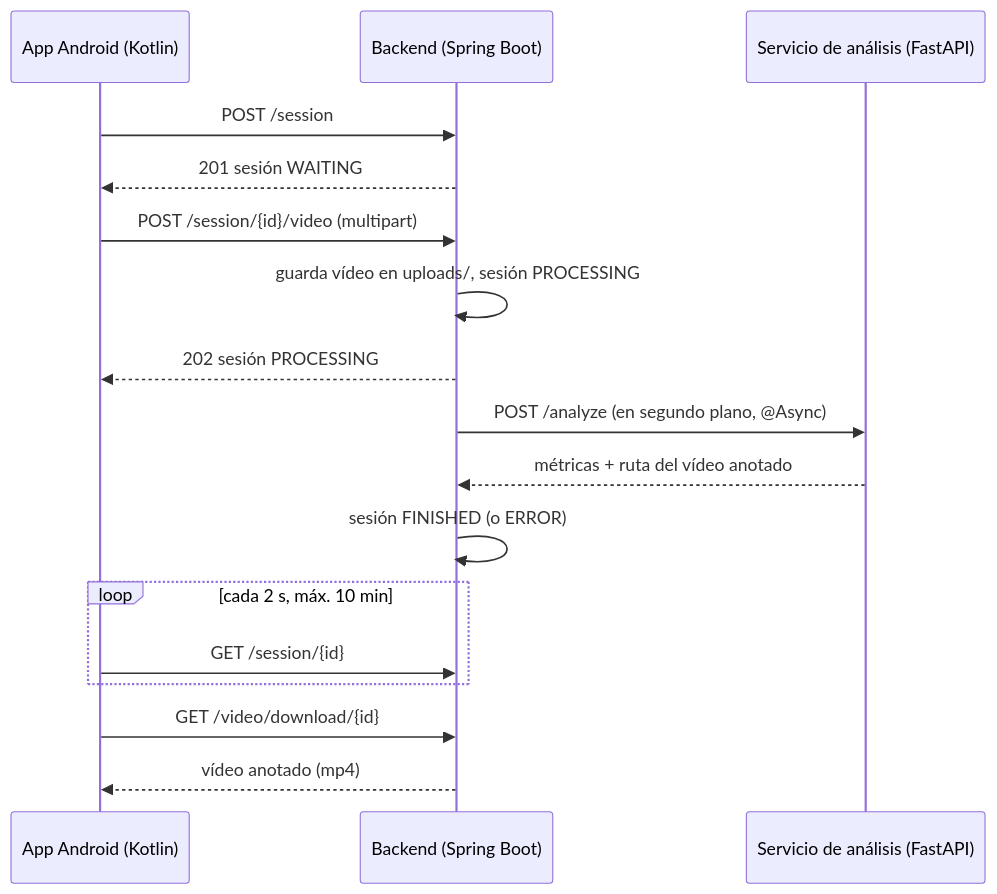
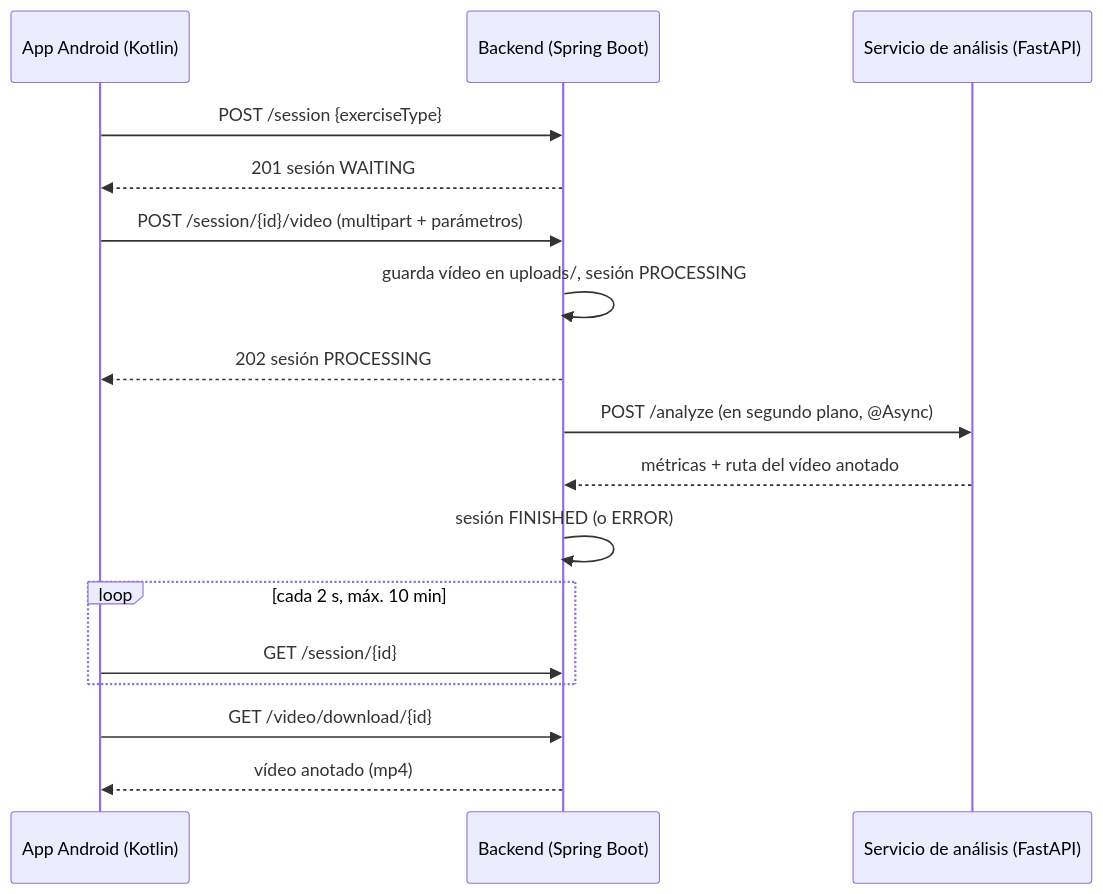
Before and after one commit to Mlz97/PowerMetrics: the first of 2 diagrams in docs/ARQUITECTURA.md, drawn with Mermaid. The commit also changed other lines of this file and 2 other files, not shown here.

````diff
--- a/docs/ARQUITECTURA.md
+++ b/docs/ARQUITECTURA.md
@@ -9,20 +9,20 @@
 ```mermaid
 sequenceDiagram
     participant App as App Android (Kotlin)
     participant BE as Backend (Spring Boot)
     participant PY as Servicio de análisis (FastAPI)
 
-    App->>BE: POST /session
+    App->>BE: POST /session {exerciseType}
     BE-->>App: 201 sesión WAITING
-    App->>BE: POST /session/{id}/video (multipart)
+    App->>BE: POST /session/{id}/video (multipart + parámetros)
     BE->>BE: guarda vídeo en uploads/, sesión PROCESSING
     BE-->>App: 202 sesión PROCESSING
     BE->>PY: POST /analyze (en segundo plano, @Async)
     PY-->>BE: métricas + ruta del vídeo anotado
     BE->>BE: sesión FINISHED (o ERROR)
     loop cada 2 s, máx. 10 min
         App->>BE: GET /session/{id}
     end
     App->>BE: GET /video/download/{id}
     BE-->>App: vídeo anotado (mp4)
 ```
````
